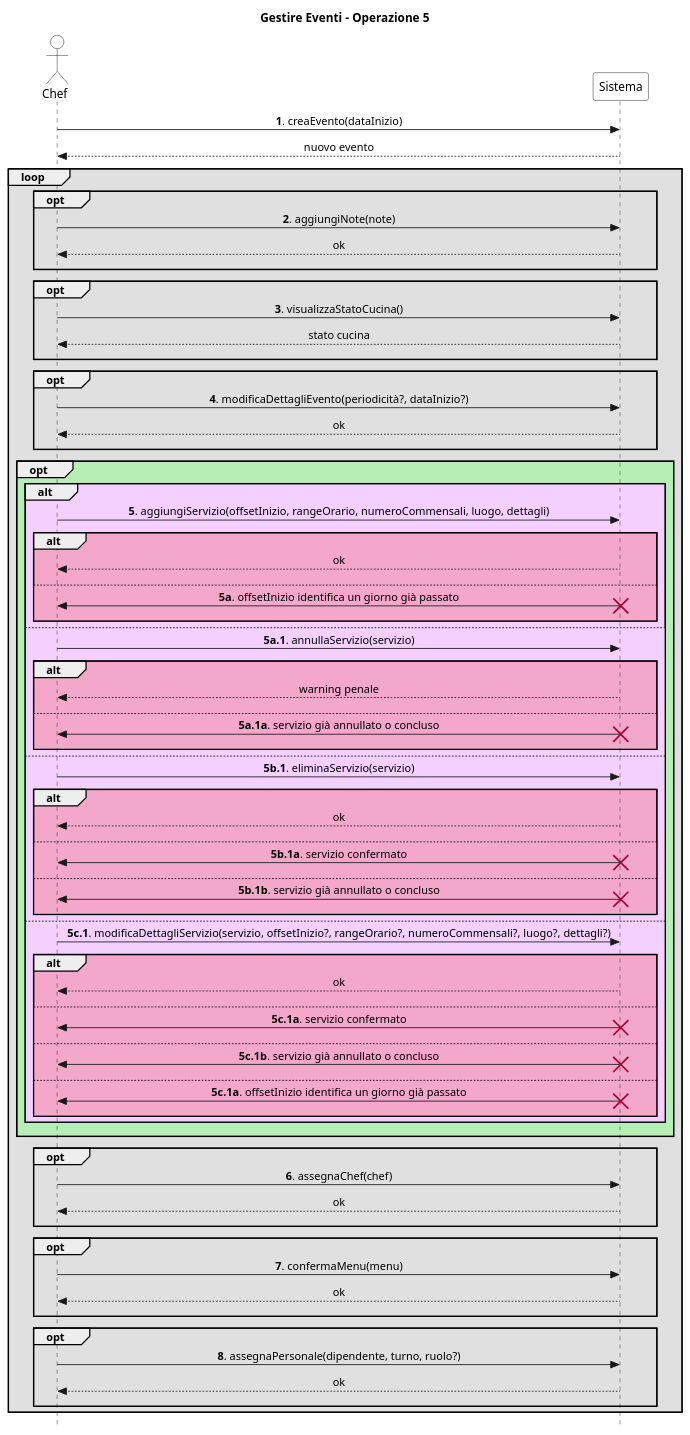
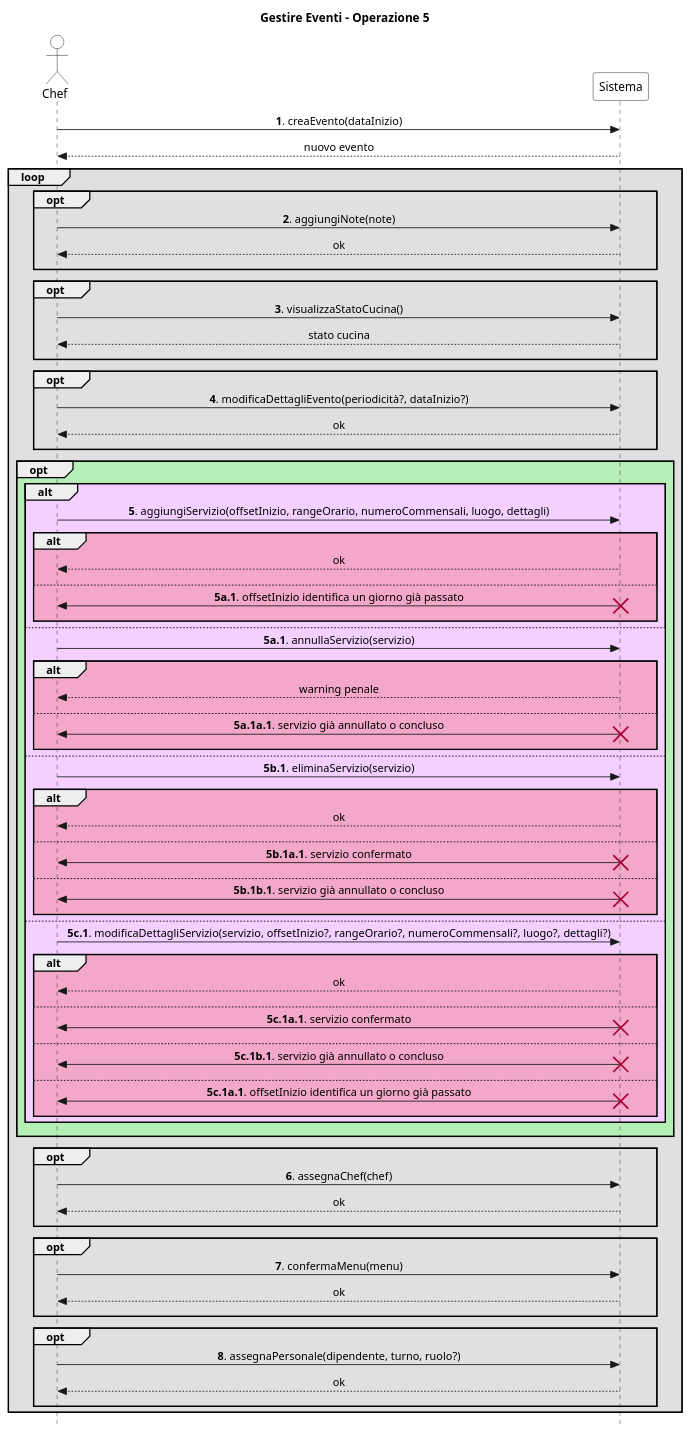
One commit to stefa168/sas-project changed the diagram in UP/Requisiti/UC Gestire Eventi/SSD/Estensioni-Eccezioni Op5.puml. Above: the diagram before and after it, drawn with PlantUML. The commit also changed 5 other files, not shown here.

```diff
--- a/UP/Requisiti/UC Gestire Eventi/SSD/Estensioni-Eccezioni Op5.puml
+++ b/UP/Requisiti/UC Gestire Eventi/SSD/Estensioni-Eccezioni Op5.puml
@@ -1,114 +1,114 @@
 @startuml
 skinparam Style strictuml
 skinparam SequenceMessageAlign center
 
 skinparam sequence {
     ActorBorderColor Black
     ActorBackgroundColor White
     ParticipantBorderColor Black
     ParticipantBackgroundColor White
 }
 
 actor Chef
 participant Sistema
 
 title Gestire Eventi - Operazione 5
 
 Chef -> Sistema: **1**. creaEvento(dataInizio)
 return nuovo evento
 
 loop #e0e0e0
     opt #e0e0e0
         Chef -> Sistema: **2**. aggiungiNote(note)
         return ok
         ||10||
     end
 
     opt #e0e0e0
         Chef -> Sistema: **3**. visualizzaStatoCucina()
         return stato cucina
         ||10||
     end
 
     opt #e0e0e0
         Chef -> Sistema: **4**. modificaDettagliEvento(periodicità?, dataInizio?)
         return ok
         ||10||
     end
 
     opt #b6efb6
         alt #f3d0ff
             Chef -> Sistema: **5**. aggiungiServizio(offsetInizio, rangeOrario, numeroCommensali, luogo, dettagli)
             alt #f3a7c9
                 return ok
                 ||10||
             else
-                Chef <- Sistema: **5a**. offsetInizio identifica un giorno già passato
+                Chef <- Sistema: **5a.1**. offsetInizio identifica un giorno già passato
                 destroy Sistema
                 ||10||
             end
         else
             Chef -> Sistema: **5a.1**. annullaServizio(servizio)
             alt #f3a7c9
                 return warning penale
                 ||10||
             else
-                Chef <- Sistema: **5a.1a**. servizio già annullato o concluso
+                Chef <- Sistema: **5a.1a.1**. servizio già annullato o concluso
                 destroy Sistema
                 ||10||
             end
         else
             Chef -> Sistema: **5b.1**. eliminaServizio(servizio)
             alt #f3a7c9
                 return ok
                 ||10||
             else
-                Chef <- Sistema: **5b.1a**. servizio confermato
+                Chef <- Sistema: **5b.1a.1**. servizio confermato
                 destroy Sistema
                 ||10||
             else
-                Chef <- Sistema: **5b.1b**. servizio già annullato o concluso
+                Chef <- Sistema: **5b.1b.1**. servizio già annullato o concluso
                 destroy Sistema
                 ||10||
             end
         else
             Chef -> Sistema: **5c.1**. modificaDettagliServizio(servizio, offsetInizio?, rangeOrario?, numeroCommensali?, luogo?, dettagli?)
             alt #f3a7c9
                 return ok
                 ||10||
             else
-                Chef <- Sistema: **5c.1a**. servizio confermato
+                Chef <- Sistema: **5c.1a.1**. servizio confermato
                 destroy Sistema
                 ||10||
             else
-                Chef <- Sistema: **5c.1b**. servizio già annullato o concluso
+                Chef <- Sistema: **5c.1b.1**. servizio già annullato o concluso
                 destroy Sistema
                 ||10||
             else
-                Chef <- Sistema: **5c.1a**. offsetInizio identifica un giorno già passato
+                Chef <- Sistema: **5c.1a.1**. offsetInizio identifica un giorno già passato
                 destroy Sistema
                 ||10||
             end
         end
         ||10||
     end
 
     opt #e0e0e0
         Chef -> Sistema: **6**. assegnaChef(chef)
         return ok
         ||10||
     end
 
     opt #e0e0e0
         Chef -> Sistema: **7**. confermaMenu(menu)
         return ok
         ||10||
     end
 
     opt #e0e0e0
         Chef -> Sistema: **8**. assegnaPersonale(dipendente, turno, ruolo?)
         return ok
         ||10||
     end
 end
 @enduml
```
